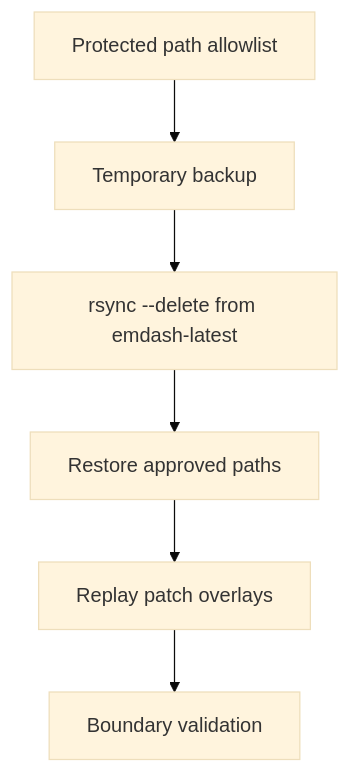
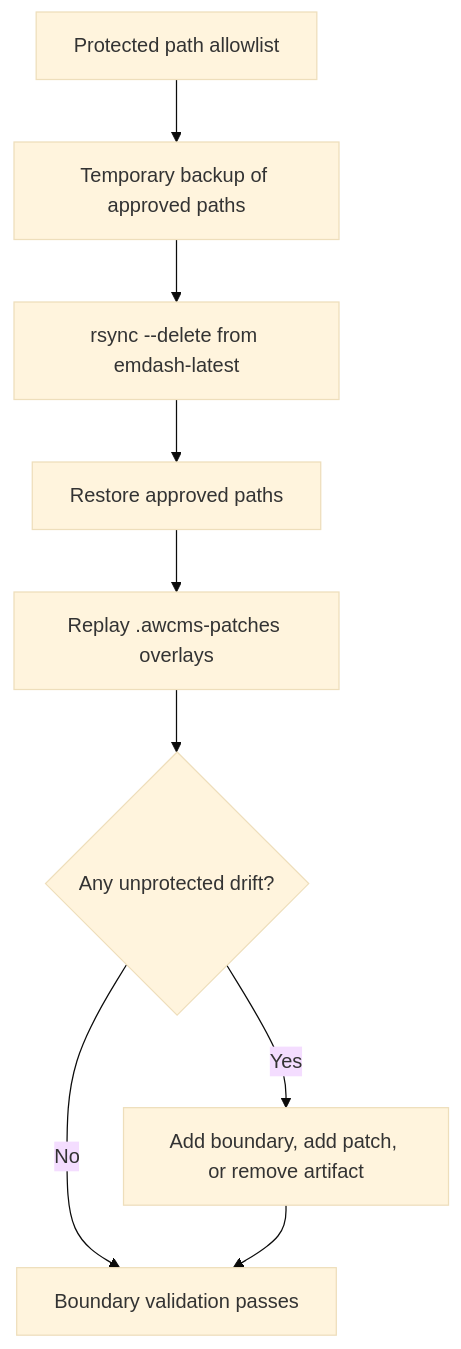
The diagram in docs/awcmsmicro-dev-protected-paths.md (ahliweb/awcms-micro), drawn with Mermaid (base theme) before and after one commit. The commit also changed other lines of this file and 29 other files, not shown here.

````diff
--- a/docs/awcmsmicro-dev-protected-paths.md
+++ b/docs/awcmsmicro-dev-protected-paths.md
@@ -58,8 +61,11 @@
 ```mermaid
 flowchart TD
-  Allowlist[Protected path allowlist] --> Backup[Temporary backup]
-  Backup --> Rebuild[rsync --delete from emdash-latest]
-  Rebuild --> Restore[Restore approved paths]
-  Restore --> Patches[Replay patch overlays]
-  Patches --> Validation[Boundary validation]
+  Allowlist["Protected path allowlist"] --> Backup["Temporary backup of approved paths"]
+  Backup --> Rebuild["rsync --delete from emdash-latest"]
+  Rebuild --> Restore["Restore approved paths"]
+  Restore --> Patches["Replay .awcms-patches overlays"]
+  Patches --> DriftCheck{"Any unprotected drift?"}
+  DriftCheck -->|No| Validation["Boundary validation passes"]
+  DriftCheck -->|Yes| Fix["Add boundary, add patch, or remove artifact"]
+  Fix --> Validation
 ```
````
